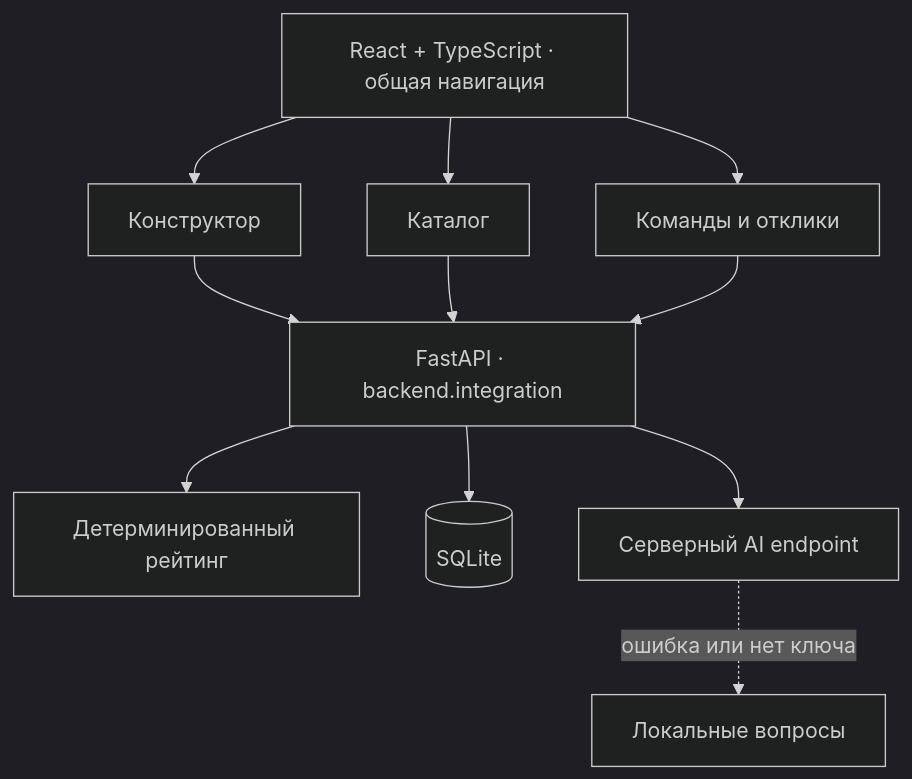
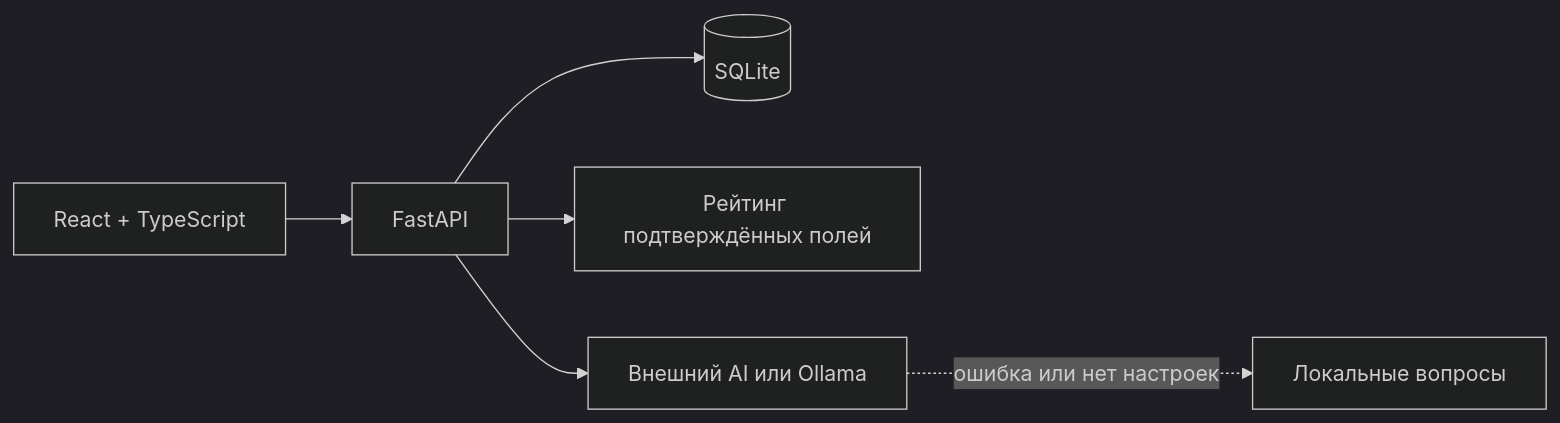
One commit to BAITC-Hacks/hack-6d4719b0-i-got-love changed the diagram in README.md. Above: the diagram before and after it, drawn with Mermaid (dark theme). The commit also changed other lines of this file and 30 other files, not shown here.

````diff
--- a/README.md
+++ b/README.md
@@ -230,14 +220,8 @@
 ```mermaid
-flowchart TB
-    UI[React + TypeScript · общая навигация]
-    UI --> Builder[Конструктор]
-    UI --> Catalog[Каталог]
-    UI --> Teams[Команды и отклики]
-    Builder --> API[FastAPI · backend.integration]
-    Catalog --> API
-    Teams --> API
-    API --> Rating[Детерминированный рейтинг]
+flowchart LR
+    UI[React + TypeScript] --> API[FastAPI]
     API --> DB[(SQLite)]
-    API --> AI[Серверный AI endpoint]
-    AI -. ошибка или нет ключа .-> Local[Локальные вопросы]
+    API --> Rating[Рейтинг подтверждённых полей]
+    API --> AI[Внешний AI или Ollama]
+    AI -. ошибка или нет настроек .-> Local[Локальные вопросы]
 ```
````
